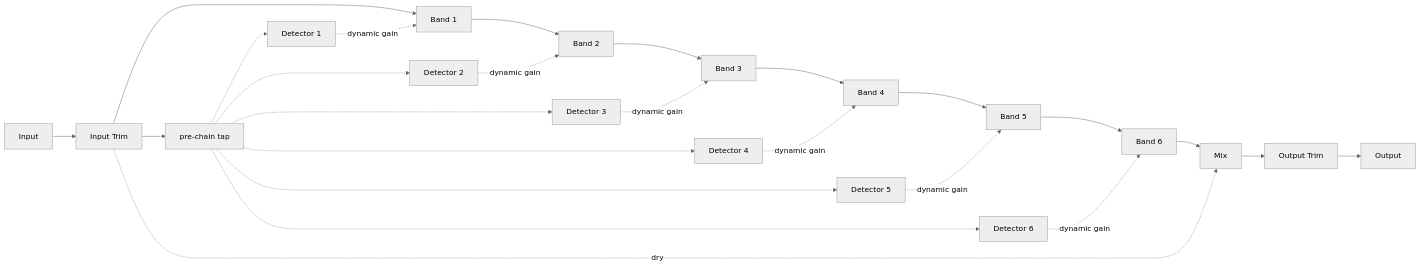
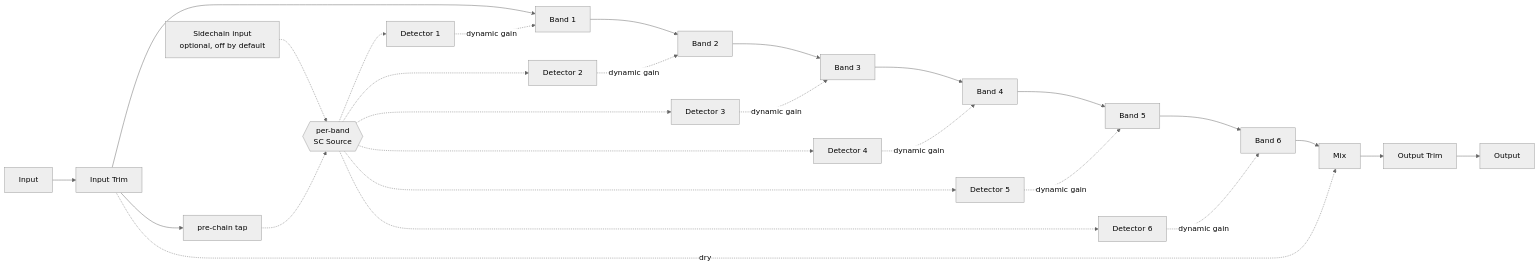
The diagram in docs/architecture.md (basilica-audio/Lancet), drawn with Mermaid (neutral theme) before and after one commit. The commit also changed other lines of this file and 39 other files, not shown here.

First line of the commit message:
feat: v0.4.0 — ballistics-true per-sample dynamic EQ on a TPT SVF core, external sidechain, Split/Wide detection, ADAA saturation (#12)

````diff
--- a/docs/architecture.md
+++ b/docs/architecture.md
@@ -5,27 +5,29 @@
 ```mermaid
 flowchart LR
     IN[Input] --> TRIM_IN[Input Trim]
+    SC[Sidechain input<br/>optional, off by default] -.-> SEL{{per-band<br/>SC Source}}
     TRIM_IN --> PRECHAIN[pre-chain tap]
+    PRECHAIN -.-> SEL
     TRIM_IN --> B1[Band 1]
     B1 --> B2[Band 2]
     B2 --> B3[Band 3]
     B3 --> B4[Band 4]
     B4 --> B5[Band 5]
     B5 --> B6[Band 6]
-    PRECHAIN -.-> D1[Detector 1]
-    PRECHAIN -.-> D2[Detector 2]
-    PRECHAIN -.-> D3[Detector 3]
-    PRECHAIN -.-> D4[Detector 4]
-    PRECHAIN -.-> D5[Detector 5]
-    PRECHAIN -.-> D6[Detector 6]
+    SEL -.-> D1[Detector 1]
+    SEL -.-> D2[Detector 2]
+    SEL -.-> D3[Detector 3]
+    SEL -.-> D4[Detector 4]
+    SEL -.-> D5[Detector 5]
+    SEL -.-> D6[Detector 6]
     D1 -.->|dynamic gain| B1
     D2 -.->|dynamic gain| B2
     D3 -.->|dynamic gain| B3
     D4 -.->|dynamic gain| B4
     D5 -.->|dynamic gain| B5
     D6 -.->|dynamic gain| B6
     B6 --> MIX[Mix]
     TRIM_IN -.->|dry| MIX
     MIX --> TRIM_OUT[Output Trim]
     TRIM_OUT --> OUT[Output]
 ```
````
